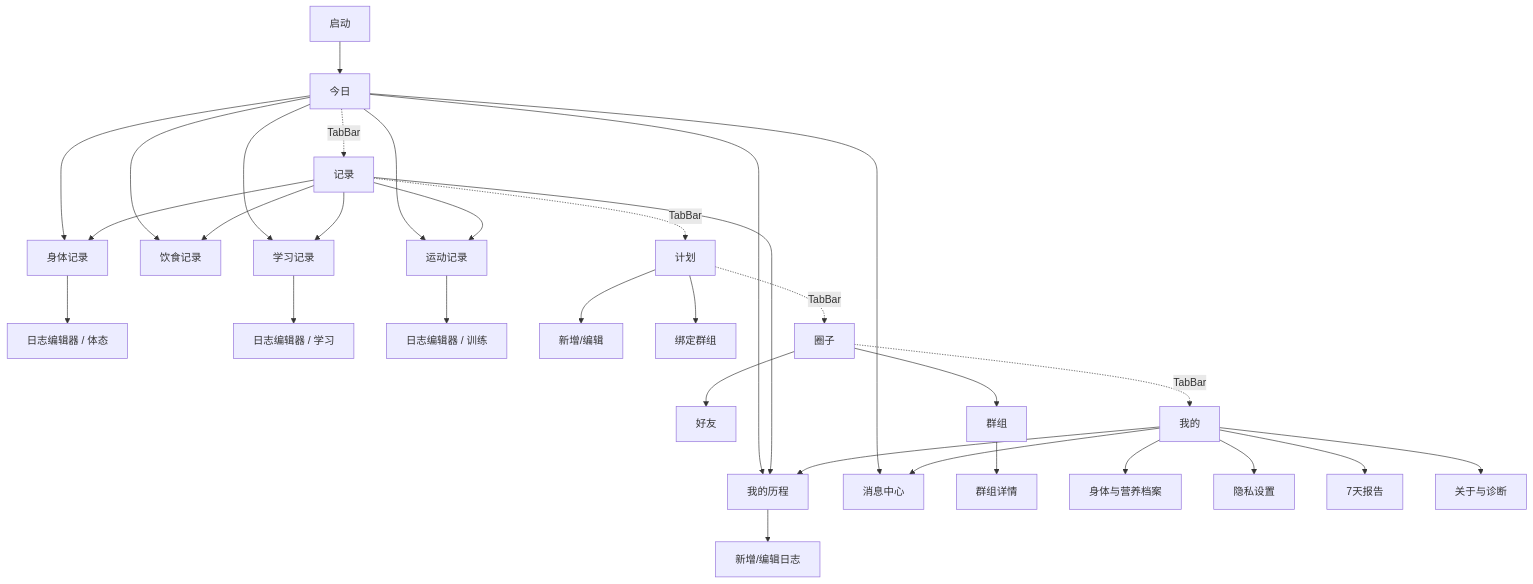
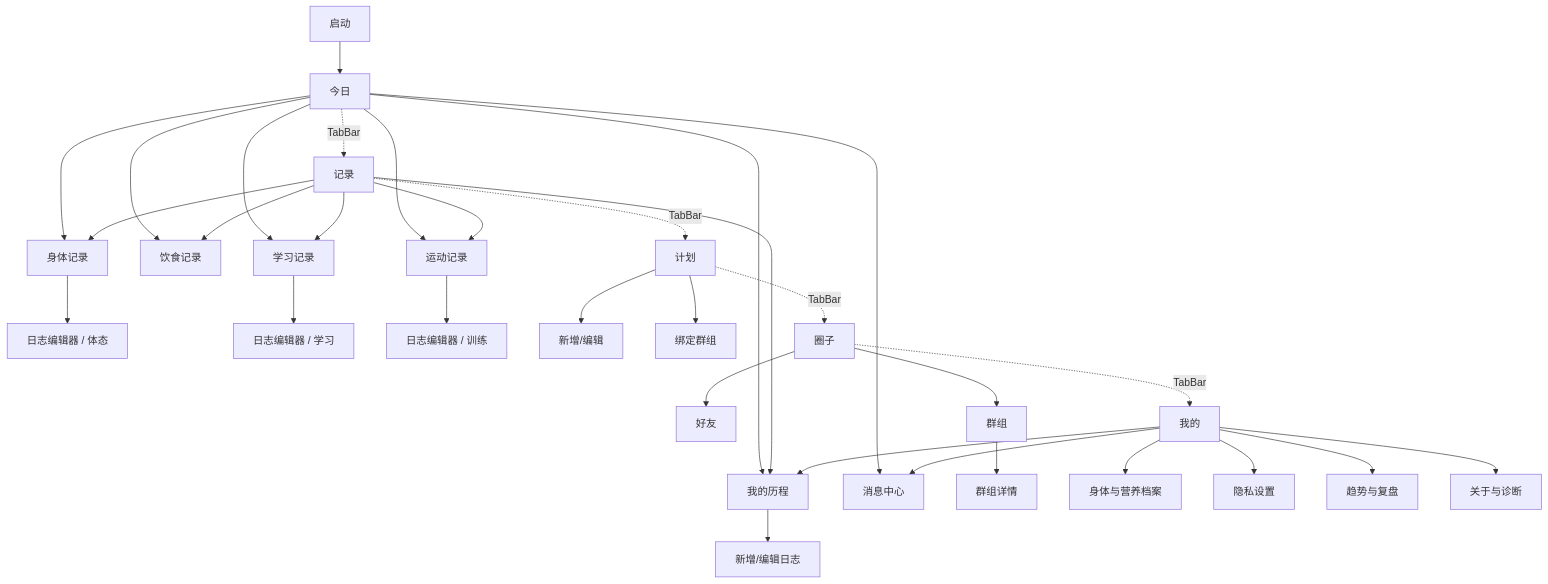
Before and after one commit to duohekaishui1127/zilv: the diagram in docs/NAVIGATION.md, drawn with Mermaid. The commit also changed other lines of this file and 34 other files, not shown here.

````diff
--- a/docs/NAVIGATION.md
+++ b/docs/NAVIGATION.md
@@ -3,40 +3,40 @@
 ```mermaid
 flowchart TD
     A[启动] --> T[今日]
     T --> B[身体记录]
     T --> F[饮食记录]
     T --> W[运动记录]
     T --> S[学习记录]
     T --> N[我的历程]
     T --> NT[消息中心]
 
     R[记录] --> N
     R --> B
     R --> F
     R --> W
     R --> S
 
     B --> NE[日志编辑器 / 体态]
     S --> NE2[日志编辑器 / 学习]
     W --> NE3[日志编辑器 / 训练]
     N --> NE4[新增/编辑日志]
 
     P[计划] --> PE[新增/编辑]
     P --> PB[绑定群组]
 
     C[圈子] --> CF[好友]
     C --> CG[群组]
     CG --> GD[群组详情]
 
     M[我的] --> MP[身体与营养档案]
     M --> PR[隐私设置]
     M --> N
-    M --> WR[7天报告]
+    M --> WR[趋势与复盘]
     M --> NT
     M --> AB[关于与诊断]
 
     T -.TabBar.-> R
     R -.TabBar.-> P
     P -.TabBar.-> C
     C -.TabBar.-> M
 ```
````
